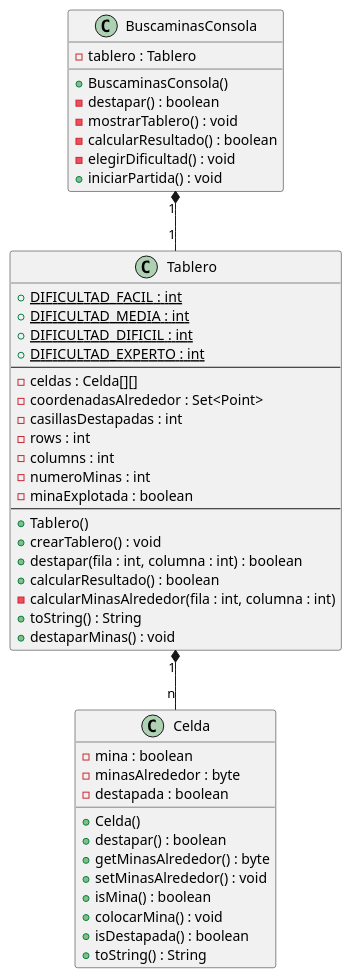
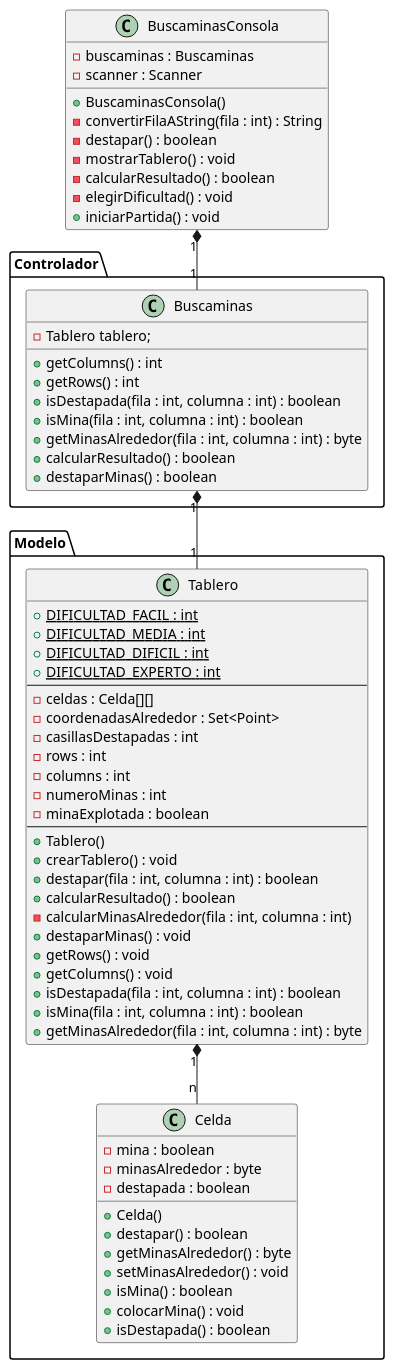
The diagram in src/EjerciciosClase/Buscaminas/Buscaminas.puml (elprofesoremilio/DAM1_2425_Java), drawn with PlantUML before and after one commit. The commit also changed 9 other files, not shown here.

```diff
--- a/src/EjerciciosClase/Buscaminas/Buscaminas.puml
+++ b/src/EjerciciosClase/Buscaminas/Buscaminas.puml
@@ -1,54 +1,73 @@
 @startuml
 class BuscaminasConsola {
-    -tablero : Tablero
+    -buscaminas : Buscaminas
+    -scanner : Scanner
 
     +BuscaminasConsola()
+    -convertirFilaAString(fila : int) : String
     -destapar() : boolean
     -mostrarTablero() : void
     -calcularResultado() : boolean
     -elegirDificultad() : void
     +iniciarPartida() : void
 }
 
-class Tablero {
-    + {static} DIFICULTAD_FACIL : int
-    + {static} DIFICULTAD_MEDIA : int
-    + {static} DIFICULTAD_DIFICIL : int
-    + {static} DIFICULTAD_EXPERTO : int
-    ---
-    -celdas : Celda[][]
-    -coordenadasAlrededor : Set<Point>
-    -casillasDestapadas : int
-    -rows : int
-    -columns : int
-    -numeroMinas : int
-    -minaExplotada : boolean
-    ---
-    +Tablero()
-    +crearTablero() : void
-    +destapar(fila : int, columna : int) : boolean
-    +calcularResultado() : boolean
-    -calcularMinasAlrededor(fila : int, columna : int)
-    +toString() : String
-    +destaparMinas() : void
+package Controlador {
+    class Buscaminas {
+        -Tablero tablero;
+        +getColumns() : int
+        +getRows() : int
+        +isDestapada(fila : int, columna : int) : boolean
+        +isMina(fila : int, columna : int) : boolean
+        +getMinasAlrededor(fila : int, columna : int) : byte
+        +calcularResultado() : boolean
+        +destaparMinas() : boolean
+    }
 }
 
-class Celda {
-    -mina : boolean
-    -minasAlrededor : byte
-    -destapada : boolean
+package Modelo {
+    class Tablero {
+        + {static} DIFICULTAD_FACIL : int
+        + {static} DIFICULTAD_MEDIA : int
+        + {static} DIFICULTAD_DIFICIL : int
+        + {static} DIFICULTAD_EXPERTO : int
+        ---
+        -celdas : Celda[][]
+        -coordenadasAlrededor : Set<Point>
+        -casillasDestapadas : int
+        -rows : int
+        -columns : int
+        -numeroMinas : int
+        -minaExplotada : boolean
+        ---
+        +Tablero()
+        +crearTablero() : void
+        +destapar(fila : int, columna : int) : boolean
+        +calcularResultado() : boolean
+        -calcularMinasAlrededor(fila : int, columna : int)
+        +destaparMinas() : void
+        +getRows() : void
+        +getColumns() : void
+        +isDestapada(fila : int, columna : int) : boolean
+        +isMina(fila : int, columna : int) : boolean
+        +getMinasAlrededor(fila : int, columna : int) : byte
+    }
 
-    +Celda()
-    +destapar() : boolean
-    +getMinasAlrededor() : byte
-    +setMinasAlrededor() : void
-    +isMina() : boolean
-    +colocarMina() : void
-    +isDestapada() : boolean
-    +toString() : String
+    class Celda {
+        -mina : boolean
+        -minasAlrededor : byte
+        -destapada : boolean
+
+        +Celda()
+        +destapar() : boolean
+        +getMinasAlrededor() : byte
+        +setMinasAlrededor() : void
+        +isMina() : boolean
+        +colocarMina() : void
+        +isDestapada() : boolean
+    }
 }
-
 Tablero "1" *-- "n" Celda
-BuscaminasConsola "1" *-- "1" Tablero
-
+BuscaminasConsola "1" *-- "1" Buscaminas
+Buscaminas "1" *-- "1" Tablero
 @enduml
```
